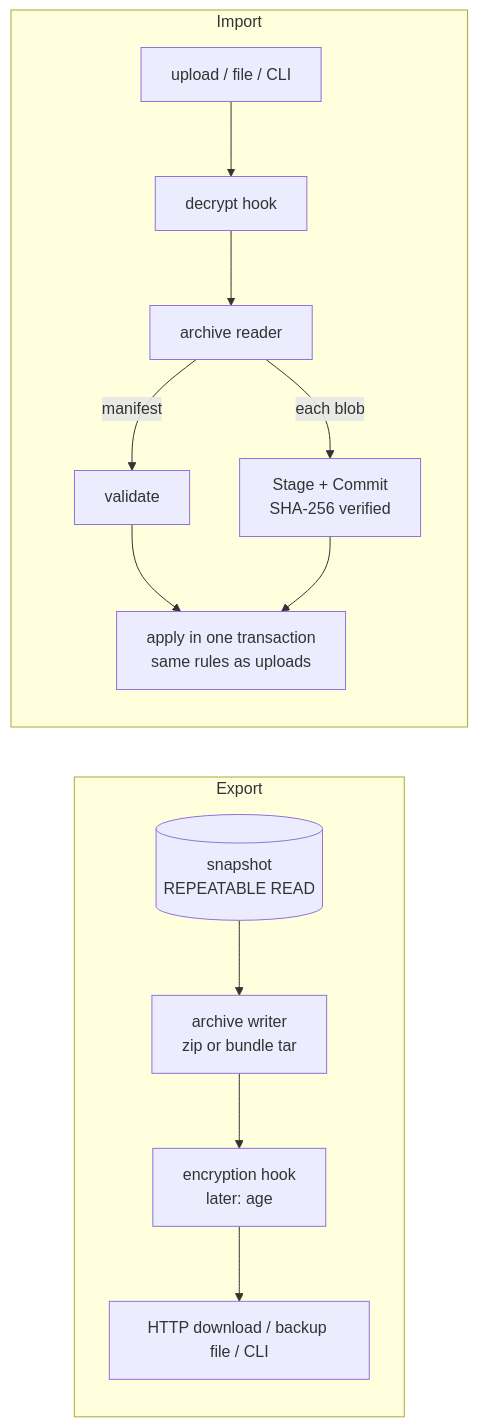
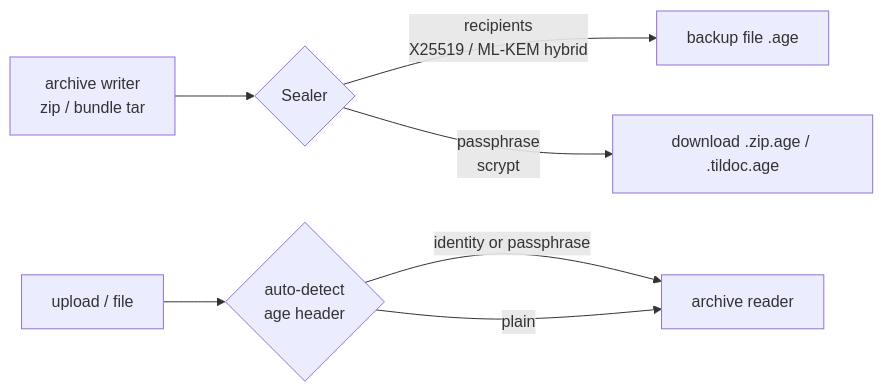
The sixth of 6 diagrams in PLAN.md (tildoc/tildoc), drawn with Mermaid before and after one commit. The commit also changed other lines of this file and 7 other files, not shown here.

````diff
--- a/PLAN.md
+++ b/PLAN.md
@@ -675,14 +677,8 @@
 ```mermaid
 flowchart LR
-  subgraph Export
-    S[(snapshot<br/>REPEATABLE READ)] --> W[archive writer<br/>zip or bundle tar]
-    W --> E[encryption hook<br/>later: age]
-    E --> O[HTTP download / backup file / CLI]
-  end
-  subgraph Import
-    U[upload / file / CLI] --> D[decrypt hook] --> R[archive reader]
-    R -->|each blob| ST[Stage + Commit<br/>SHA-256 verified]
-    R -->|manifest| M[validate] --> A[apply in one transaction<br/>same rules as uploads]
-    ST --> A
-  end
+  A[archive writer<br/>zip / bundle tar] --> S{Sealer}
+  S -->|recipients<br/>X25519 / ML-KEM hybrid| B[backup file .age]
+  S -->|passphrase<br/>scrypt| E[download .zip.age / .tildoc.age]
+  U[upload / file] --> D{auto-detect<br/>age header} -->|identity or passphrase| R[archive reader]
+  D -->|plain| R
 ```
````
